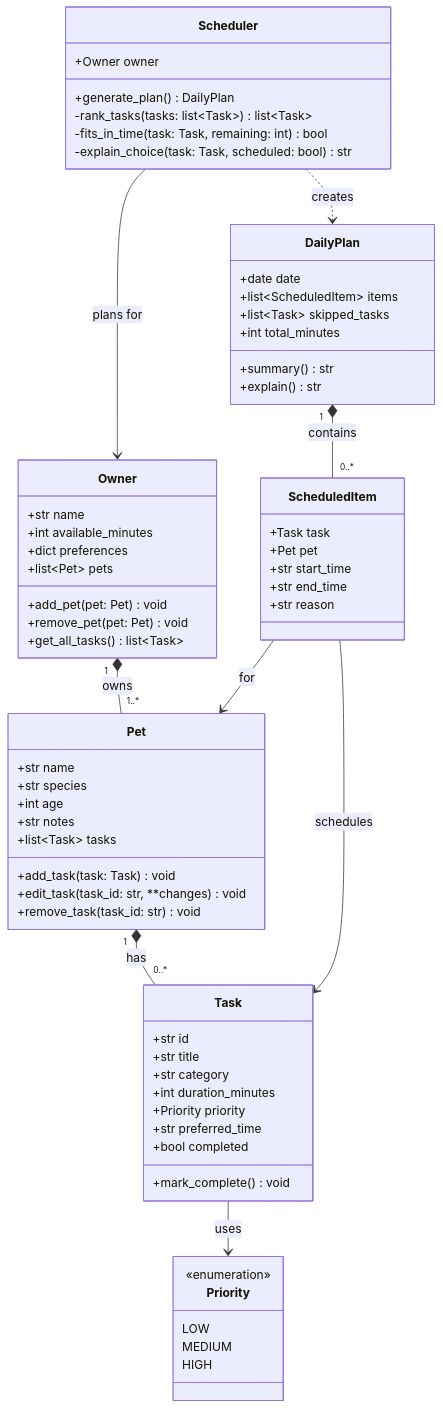
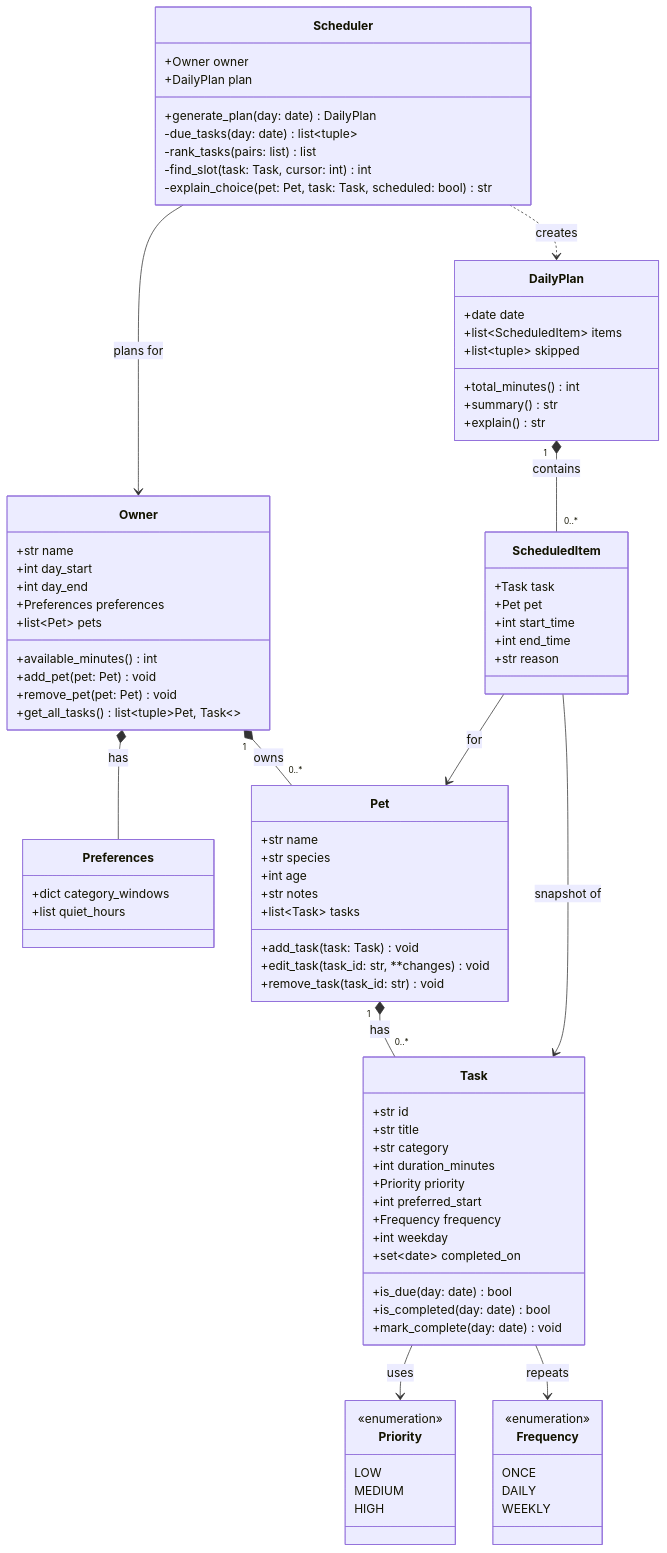
The diagram in uml_diagram.md (MooOfDoom/ai110-module2show-pawpal), drawn with Mermaid before and after one commit. The commit also changed other lines of this file and 3 other files, not shown here.

Commit message:
checkpoint: phase 1: system design with uml

````diff
--- a/uml_diagram.md
+++ b/uml_diagram.md
@@ -4,12 +6,19 @@
 classDiagram
     class Owner {
         +str name
-        +int available_minutes
-        +dict preferences
+        +int day_start
+        +int day_end
+        +Preferences preferences
         +list~Pet~ pets
+        +available_minutes() int
         +add_pet(pet: Pet) void
         +remove_pet(pet: Pet) void
-        +get_all_tasks() list~Task~
+        +get_all_tasks() list~tuple~Pet, Task~~
+    }
+
+    class Preferences {
+        +dict category_windows
+        +list quiet_hours
     }
 
     class Pet {
@@ -29,9 +38,13 @@
         +str category
         +int duration_minutes
         +Priority priority
-        +str preferred_time
-        +bool completed
-        +mark_complete() void
+        +int preferred_start
+        +Frequency frequency
+        +int weekday
+        +set~date~ completed_on
+        +is_due(day: date) bool
+        +is_completed(day: date) bool
+        +mark_complete(day: date) void
     }
 
     class Priority {
@@ -41,37 +54,48 @@
         HIGH
     }
 
+    class Frequency {
+        <<enumeration>>
+        ONCE
+        DAILY
+        WEEKLY
+    }
+
     class Scheduler {
         +Owner owner
-        +generate_plan() DailyPlan
-        -rank_tasks(tasks: list~Task~) list~Task~
-        -fits_in_time(task: Task, remaining: int) bool
-        -explain_choice(task: Task, scheduled: bool) str
+        +DailyPlan plan
+        +generate_plan(day: date) DailyPlan
+        -due_tasks(day: date) list~tuple~
+        -rank_tasks(pairs: list) list
+        -find_slot(task: Task, cursor: int) int
+        -explain_choice(pet: Pet, task: Task, scheduled: bool) str
     }
 
     class ScheduledItem {
         +Task task
         +Pet pet
-        +str start_time
-        +str end_time
+        +int start_time
+        +int end_time
         +str reason
     }
 
     class DailyPlan {
         +date date
         +list~ScheduledItem~ items
-        +list~Task~ skipped_tasks
-        +int total_minutes
+        +list~tuple~ skipped
+        +total_minutes() int
         +summary() str
         +explain() str
     }
 
-    Owner "1" *-- "1..*" Pet : owns
+    Owner "1" *-- "0..*" Pet : owns
+    Owner *-- Preferences : has
     Pet "1" *-- "0..*" Task : has
     Task --> Priority : uses
+    Task --> Frequency : repeats
     Scheduler --> Owner : plans for
     Scheduler ..> DailyPlan : creates
     DailyPlan "1" *-- "0..*" ScheduledItem : contains
-    ScheduledItem --> Task : schedules
+    ScheduledItem --> Task : snapshot of
     ScheduledItem --> Pet : for
 ```
````
